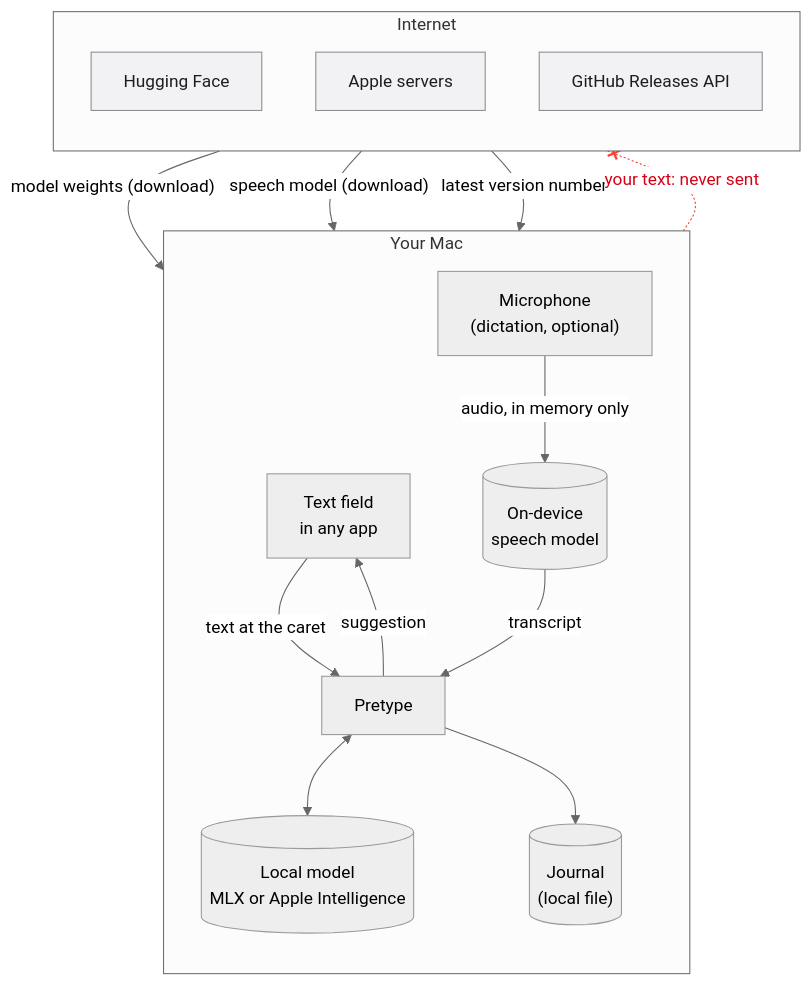
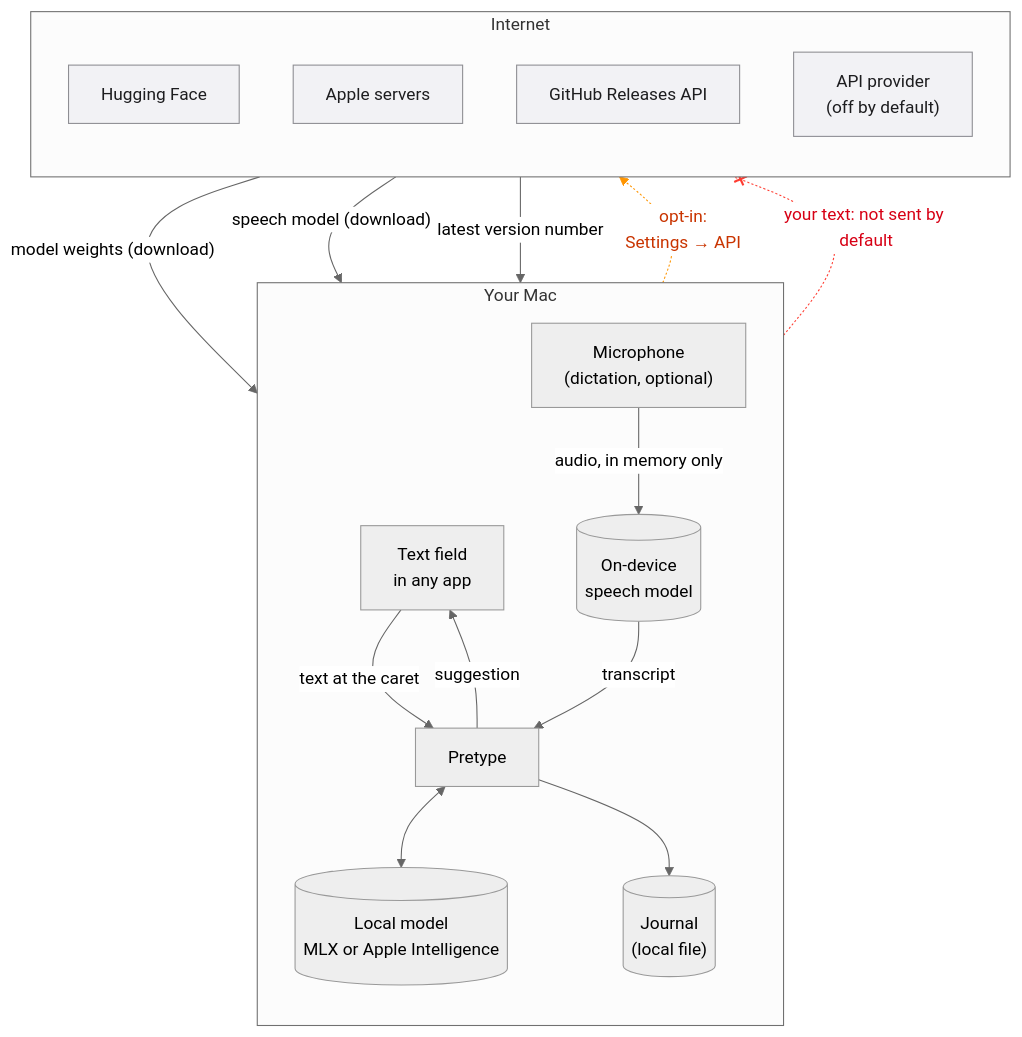
Before and after one commit to nikiomori/Pretype: the diagram in docs/diagrams/privacy.mmd, drawn with Mermaid (neutral theme). The commit also changed 13 other files, not shown here.

```diff
--- a/docs/diagrams/privacy.mmd
+++ b/docs/diagrams/privacy.mmd
@@ -1,31 +1,35 @@
 %% Data flow: what stays on the Mac, what the app downloads.
 %% Every arrow from the internet points in: downloads and one version number.
+%% The one exception is opt-in: an API provider that the user turns on.
 flowchart TB
   subgraph mac["Your Mac"]
     direction TB
     field["Text field<br/>in any app"]
     app["Pretype"]
     model[("Local model<br/>MLX or Apple Intelligence")]
     journal[("Journal<br/>(local file)")]
     mic["Microphone<br/>(dictation, optional)"]
     speech[("On-device<br/>speech model")]
     field -- "text at the caret" --> app
     app -- "suggestion" --> field
     app <--> model
     app --> journal
     mic -- "audio, in memory only" --> speech
     speech -- "transcript" --> app
   end
   subgraph net["Internet"]
     direction TB
     hf["Hugging Face"]
     apple["Apple servers"]
     gh["GitHub Releases API"]
+    api["API provider<br/>(off by default)"]
   end
   hf -- "model weights (download)" --> model
   apple -- "speech model (download)" --> speech
   gh -- "latest version number" --> app
-  app -. "your text: never sent" .-x net
+  app -. "your text: not sent by default" .-x net
+  app -. "opt-in:<br/>Settings → API" .-> api
   classDef ext fill:#f2f2f5,stroke:#8e8e93,color:#1d1d1f
-  class hf,apple,gh ext
+  class hf,apple,gh,api ext
   linkStyle 9 stroke:#ff3b30,color:#d70015
+  linkStyle 10 stroke:#ff9500,color:#c93400
```
